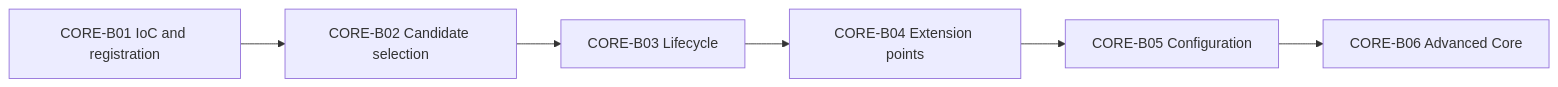
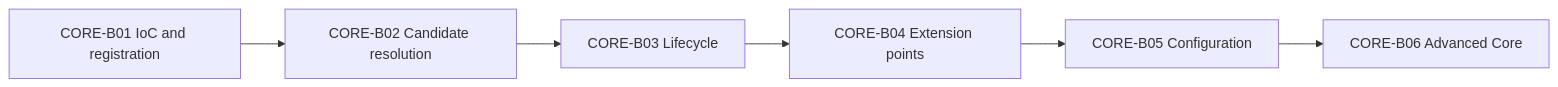
The diagram in 30_CERTIFICATIONS/Spring/2V0-72.22/Spring Core Card Roadmap.md (alimbetov/obsidian), drawn with Mermaid before and after one commit. The commit also changed other lines of this file, not shown here.

Commit message:
Mark CORE-B02 published

````diff
--- a/30_CERTIFICATIONS/Spring/2V0-72.22/Spring Core Card Roadmap.md
+++ b/30_CERTIFICATIONS/Spring/2V0-72.22/Spring Core Card Roadmap.md
@@ -40,8 +46,8 @@
 ```mermaid
 flowchart LR
-    B1[CORE-B01 IoC and registration] --> B2[CORE-B02 Candidate selection]
+    B1[CORE-B01 IoC and registration] --> B2[CORE-B02 Candidate resolution]
     B2 --> B3[CORE-B03 Lifecycle]
     B3 --> B4[CORE-B04 Extension points]
     B4 --> B5[CORE-B05 Configuration]
     B5 --> B6[CORE-B06 Advanced Core]
 ```
````
